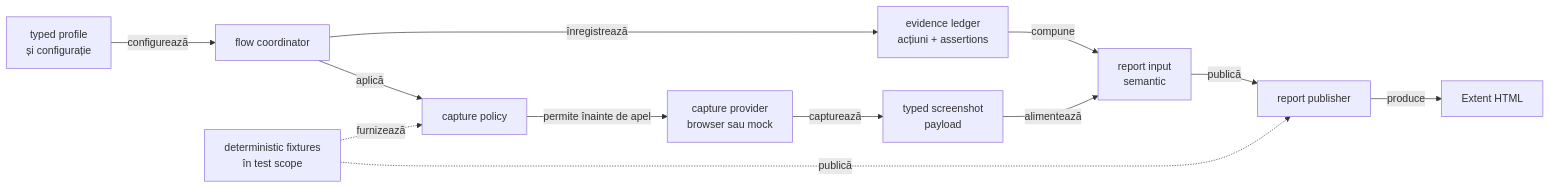
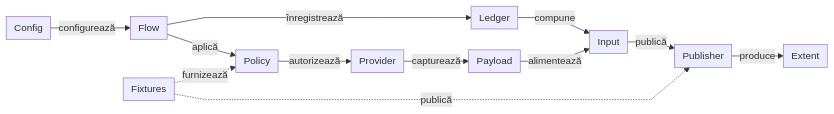
Before and after one commit to crististefanita/atf_j0: the first of 3 diagrams in docs/ATF_Evidence_Capture_Contract.md, drawn with Mermaid. The commit also changed other lines of this file and 97 other files, not shown here.

````diff
--- a/docs/ATF_Evidence_Capture_Contract.md
+++ b/docs/ATF_Evidence_Capture_Contract.md
@@ -19,14 +19,15 @@
 ```mermaid
+%%{init: {"themeVariables":{"fontSize":"15px"},"themeCSS":".nodeLabel, .nodeLabel p { font-size: 15px !important; line-height: 1.35 !important; } .edgeLabel, .edgeLabel p { font-size: 12px !important; font-weight: 400 !important; line-height: 1.2 !important; } .edgeLabel .labelBkg, .edgeLabel p { background: transparent !important; } .edgeLabel foreignObject { transform: translateY(-18px); overflow: visible; } .node rect { rx: 6px; ry: 6px; }","flowchart":{"curve":"linear","nodeSpacing":24,"rankSpacing":24,"padding":6,"diagramPadding":20}}}%%
 flowchart LR
-    Config[typed profile<br/>și configurație] -->|configurează| Flow[flow coordinator]
-    Flow -->|înregistrează| Ledger[evidence ledger<br/>acțiuni + assertions]
-    Flow -->|aplică| Policy[capture policy]
-    Source[capture provider<br/>browser sau mock] -->|capturează| Payload[typed screenshot<br/>payload]
-    Policy -->|permite înainte de apel| Source
-    Ledger -->|compune| Input[report input<br/>semantic]
+    Config["Config"] -->|configurează| Flow["Flow"]
+    Flow -->|înregistrează| Ledger["Ledger"]
+    Flow -->|aplică| Policy["Policy"]
+    Source["Provider"] -->|capturează| Payload["Payload"]
+    Policy -->|autorizează| Source
+    Ledger -->|compune| Input["Input"]
     Payload -->|alimentează| Input
-    Input -->|publică| Publisher[report publisher]
-    Publisher -->|produce| Artifact[Extent HTML]
-    Fixtures[deterministic fixtures<br/>în test scope] -. furnizează .-> Policy
+    Input -->|publică| Publisher["Publisher"]
+    Publisher -->|produce| Artifact["Extent"]
+    Fixtures["Fixtures"] -. furnizează .-> Policy
     Fixtures -. publică .-> Publisher
 ```
````
